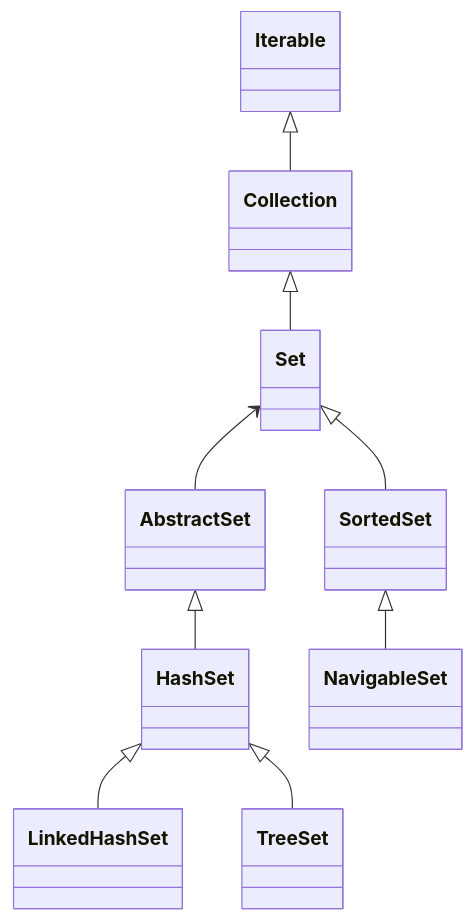
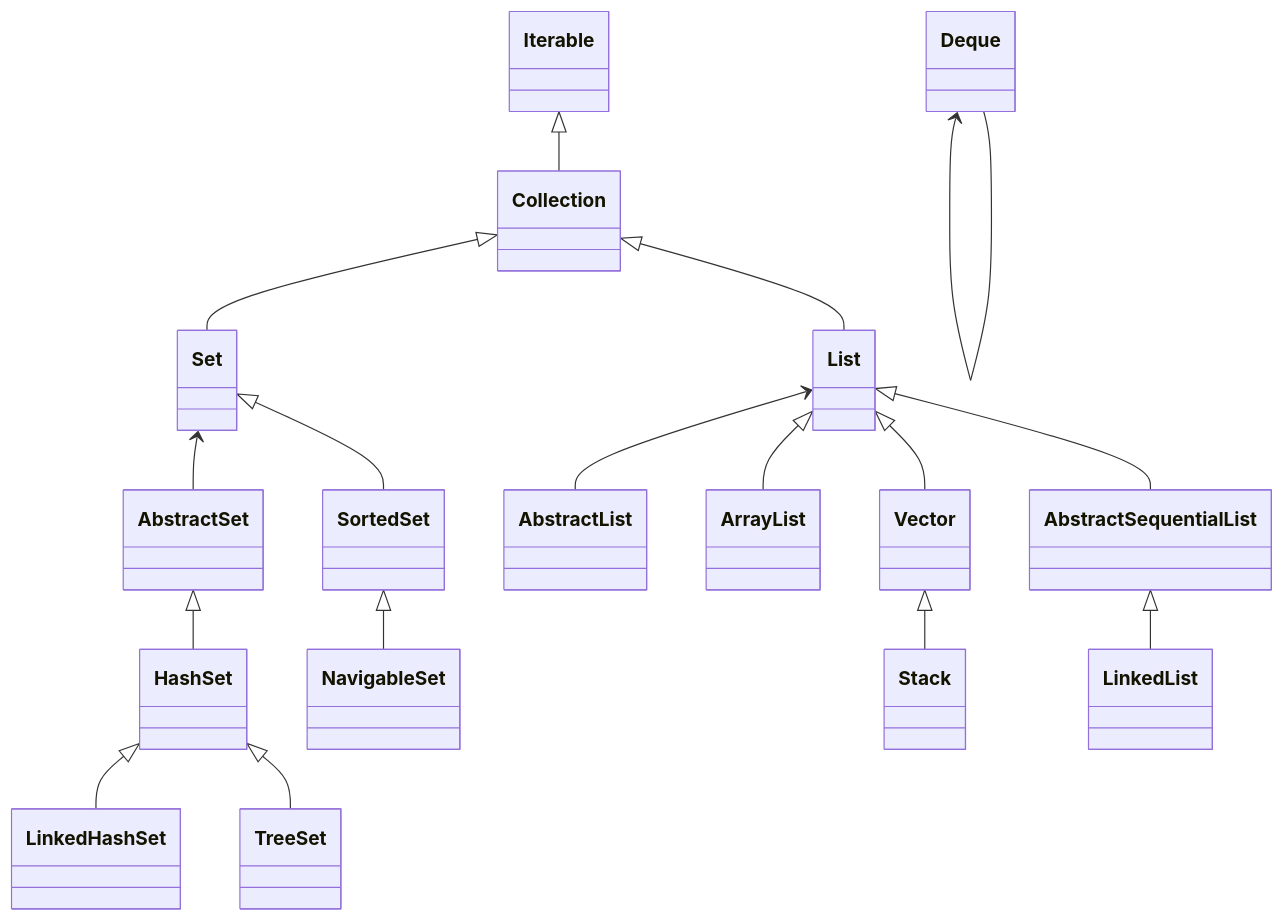
Before and after one commit to 1sonjm/1sonjm.github.io: the diagram in _posts/develop/scripting_language/java/2019-02-20-java-collection.md, drawn with Mermaid. The commit also changed other lines of this file, not shown here.

Commit message:
_posts/develop/scripting_language/java/2019-02-20-java-collection.md updated from https://stackedit.io/

````diff
--- a/_posts/develop/scripting_language/java/2019-02-20-java-collection.md
+++ b/_posts/develop/scripting_language/java/2019-02-20-java-collection.md
@@ -18,11 +14,20 @@
 ```mermaid
 classDiagram
 Iterable <|-- Collection
 Collection <|-- Set
 Set <-- AbstractSet
 AbstractSet <|-- HashSet
 HashSet <|-- LinkedHashSet
 Set <|-- SortedSet
 SortedSet <|-- NavigableSet
 HashSet <|-- TreeSet
+
+Collection <|-- List
+List <-- AbstractList
+List <|-- ArrayList
+List <|-- Vector
+Vector <|-- Stack
+List <|-- AbstractSequentialList
+AbstractSequentialList <|-- LinkedList
+Deque <-- Deque
 ```
````
